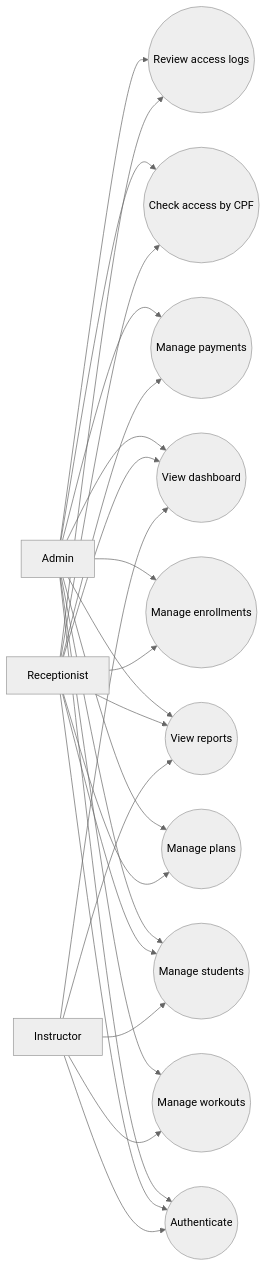
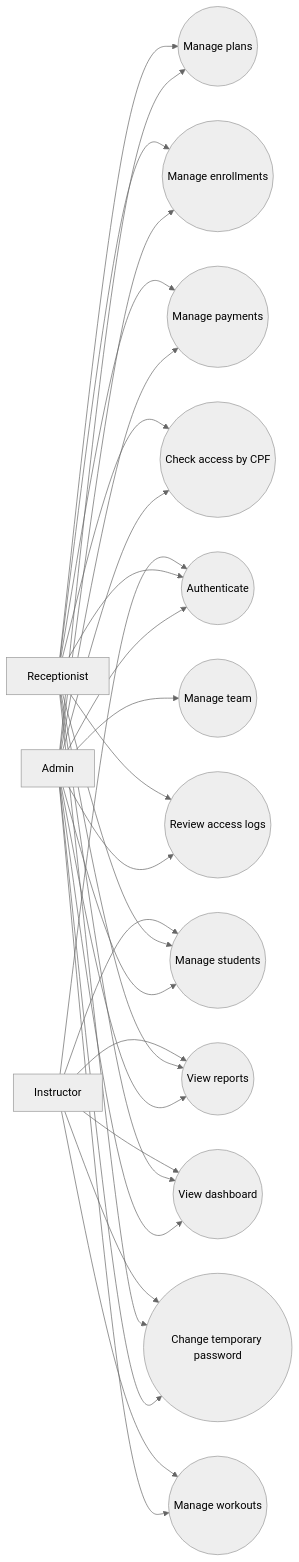
The first of 3 diagrams in docs/architecture/overview.md (kenzosameshima/gym-management-system), drawn with Mermaid (neutral theme) before and after one commit. The commit also changed other lines of this file and 64 other files, not shown here.

````diff
--- a/docs/architecture/overview.md
+++ b/docs/architecture/overview.md
@@ -21,44 +21,50 @@
 ```mermaid
 flowchart LR
     Admin[Admin]
     Receptionist[Receptionist]
     Instructor[Instructor]
 
     Auth((Authenticate))
     Students((Manage students))
     Plans((Manage plans))
     Enrollments((Manage enrollments))
     Payments((Manage payments))
     Access((Check access by CPF))
     AccessLogs((Review access logs))
     Workouts((Manage workouts))
     Reports((View reports))
     Dashboard((View dashboard))
+    Team((Manage team))
+    Password((Change temporary password))
 
     Admin --> Auth
+    Admin --> Team
     Admin --> Students
     Admin --> Plans
     Admin --> Enrollments
     Admin --> Payments
     Admin --> Access
     Admin --> AccessLogs
     Admin --> Workouts
     Admin --> Reports
     Admin --> Dashboard
+    Admin --> Password
 
     Receptionist --> Auth
     Receptionist --> Students
     Receptionist --> Plans
     Receptionist --> Enrollments
     Receptionist --> Payments
     Receptionist --> Access
     Receptionist --> AccessLogs
     Receptionist --> Reports
     Receptionist --> Dashboard
+    Receptionist --> Password
 
     Instructor --> Auth
     Instructor --> Students
     Instructor --> Workouts
     Instructor --> Reports
     Instructor --> Dashboard
+    Instructor --> Password
 ```
````
